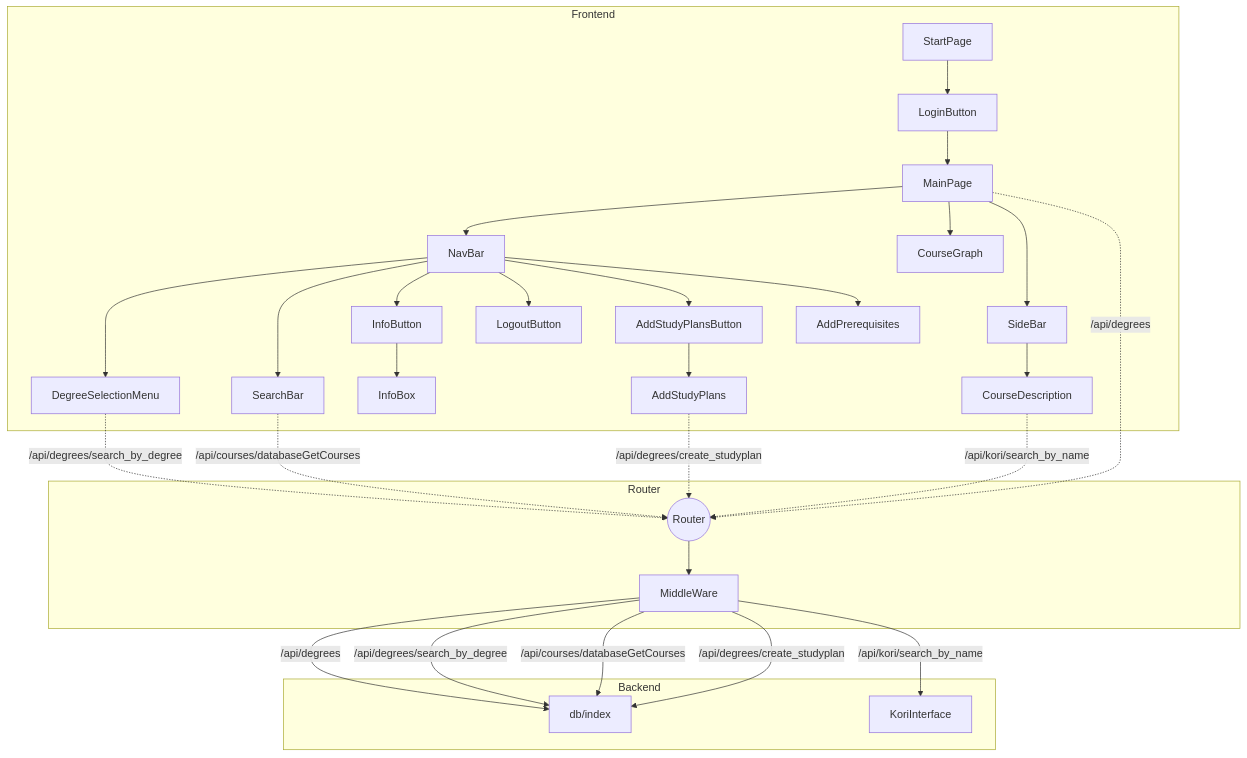
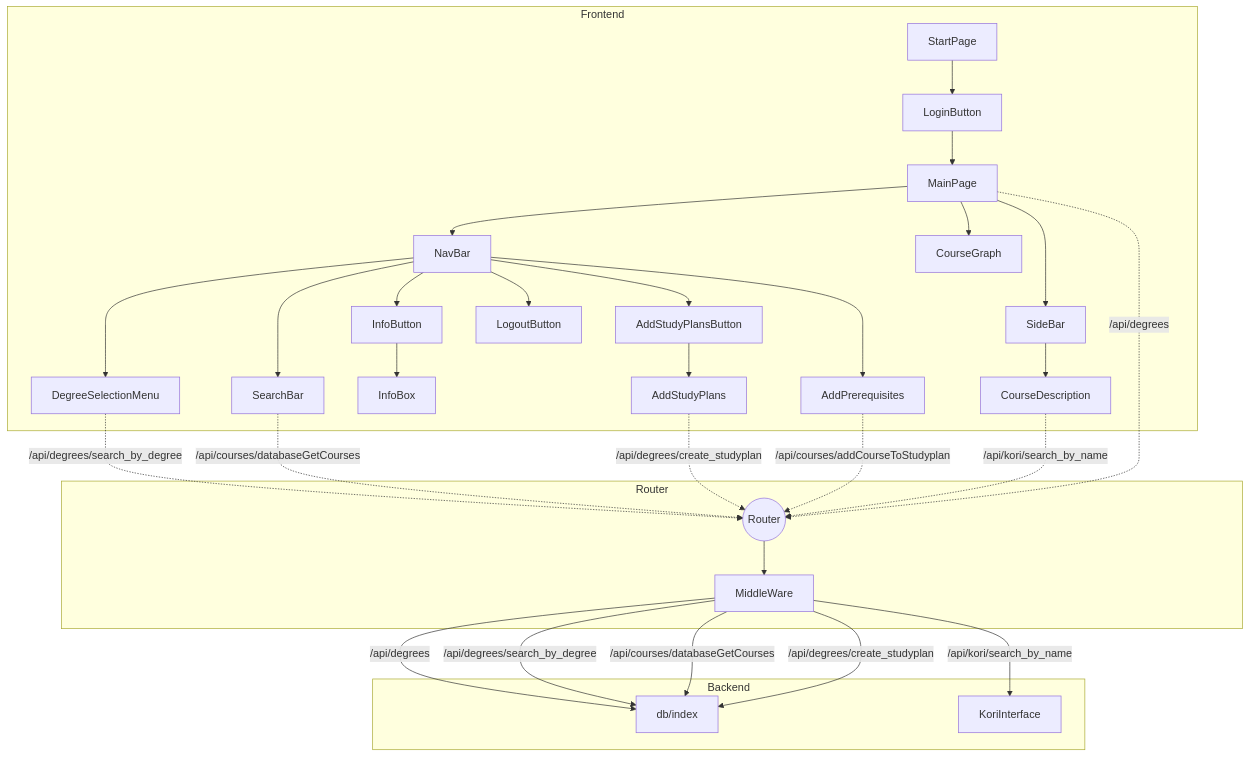
Before and after one commit to Kurssiesitieto/kurssiesitieto-ohtuprojekti: the diagram in documentation/developer/Architecture.md, drawn with Mermaid.

````diff
--- a/documentation/developer/Architecture.md
+++ b/documentation/developer/Architecture.md
@@ -2,40 +2,41 @@
 ```mermaid
 flowchart TD
     subgraph Frontend
     AA["StartPage"]
     AA --> J["LoginButton"]
     J --> A["MainPage"]
     A --> R[NavBar]
     A --> B["CourseGraph"]
     R --> C["DegreeSelectionMenu"]
     R --> D["SearchBar"]
     R --> E["InfoButton"]
     E --> F["InfoBox"]
     A --> G["SideBar"]
     G --> H["CourseDescription"]
     R --> O["LogoutButton"]
     R --> P["AddStudyPlansButton"]
     R --> S["AddPrerequisites"]
     P --> Q["AddStudyPlans"]
     end
 
     subgraph Router
     I(("Router"))
     A -."/api/degrees".->I
     C -."/api/degrees/search_by_degree".-> I
     D -."/api/courses/databaseGetCourses".-> I
-    H -."/api/kori/search_by_name".->I
-    Q -."/api/degrees/create_studyplan".->I
+    H -."/api/kori/search_by_name".-> I
+    Q -."/api/degrees/create_studyplan".-> I
+    S -."/api/courses/addCourseToStudyplan".-> I
     I --> L[MiddleWare]
     end
 
     subgraph Backend
     L --"/api/degrees"--> K
     L --"/api/degrees/search_by_degree"--> K
     L --"/api/courses/databaseGetCourses"--> K
     L --"/api/degrees/create_studyplan" --> K
     L --"/api/kori/search_by_name"--> M
     K["db/index"]
     M[KoriInterface]
     end
 ```
````
